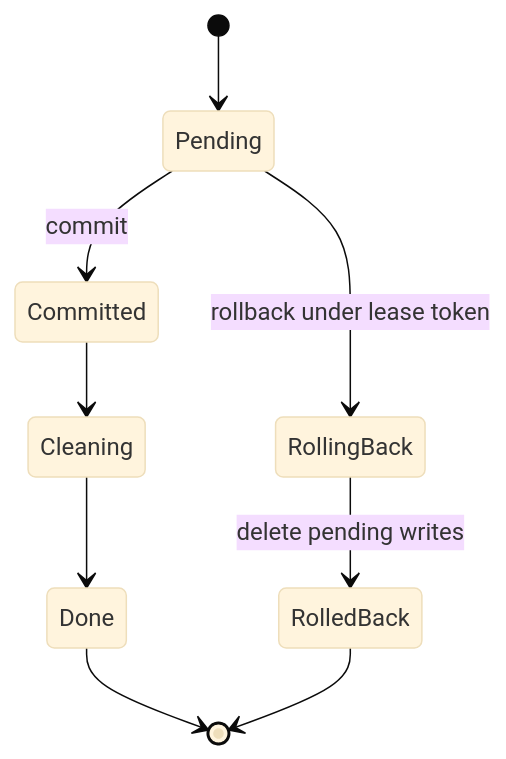
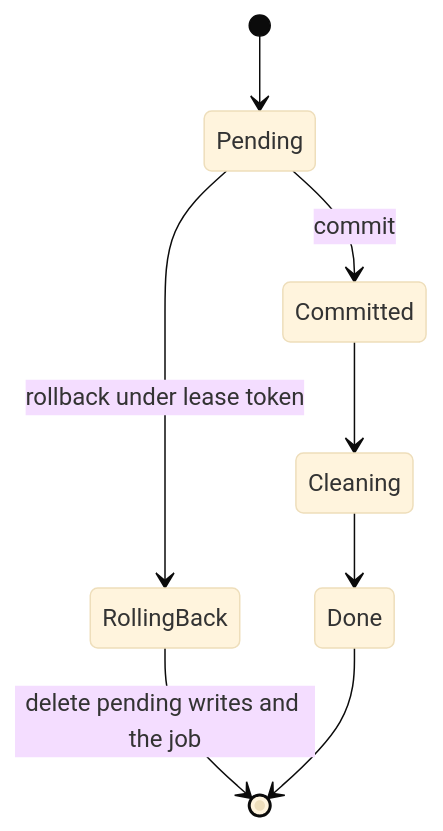
Before and after one commit to ontogr/agentic-graphrag: the second of 2 diagrams in docs/docs/concepts/ingestion.mdx, drawn with Mermaid (base theme). The commit also changed other lines of this file and 20 other files, not shown here.

````diff
--- a/docs/docs/concepts/ingestion.mdx
+++ b/docs/docs/concepts/ingestion.mdx
@@ -47,11 +47,10 @@
 ```mermaid
 stateDiagram-v2
     [*] --> Pending
     Pending --> Committed: commit
     Pending --> RollingBack: rollback under lease token
-    RollingBack --> RolledBack: delete pending writes
+    RollingBack --> [*]: delete pending writes and the job
     Committed --> Cleaning
     Cleaning --> Done
     Done --> [*]
-    RolledBack --> [*]
 ```
````
